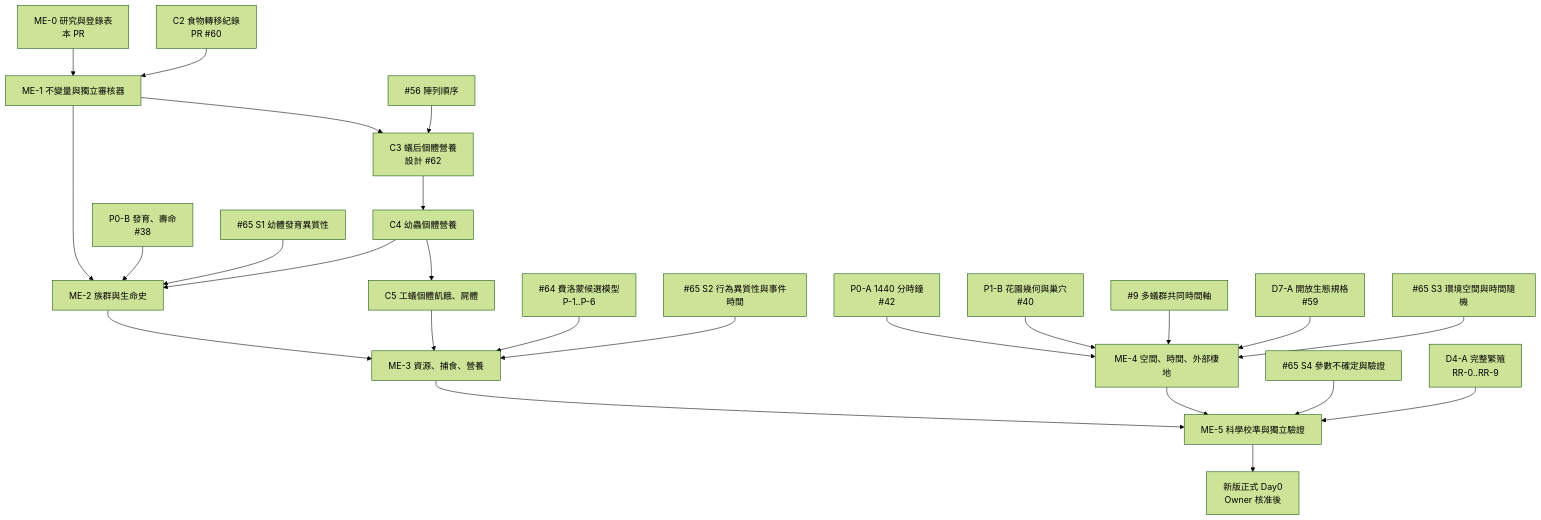
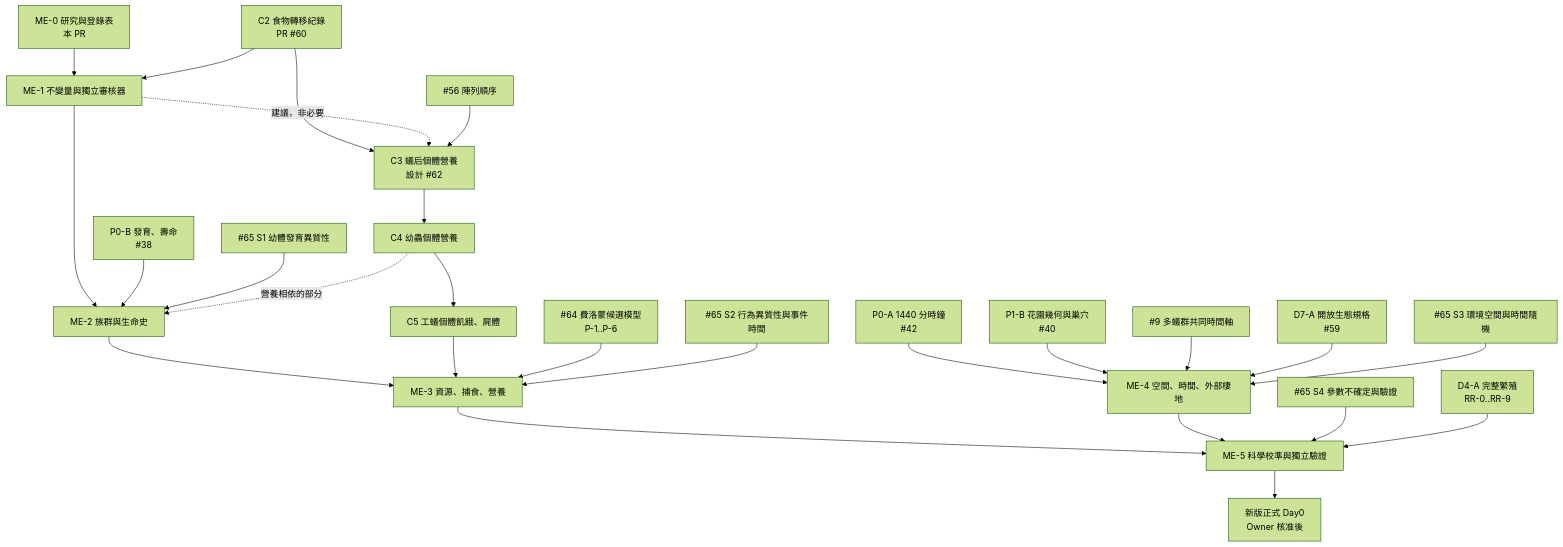
One commit to davidcatcat/antempire changed the diagram in docs/math-ecology-architecture.md. Above: the diagram before and after it, drawn with Mermaid (forest theme). The commit also changed other lines of this file and 3 other files, not shown here.

````diff
--- a/docs/math-ecology-architecture.md
+++ b/docs/math-ecology-architecture.md
@@ -90,27 +90,28 @@
 ```mermaid
 graph TD
   ME0[ME-0 研究與登錄表<br/>本 PR] --> ME1[ME-1 不變量與獨立審核器]
   C2[C2 食物轉移紀錄<br/>PR #60] --> ME1
-  ME1 --> C3[C3 蟻后個體營養<br/>設計 #62]
+  C2 --> C3[C3 蟻后個體營養<br/>設計 #62]
+  ME1 -.建議，非必要.-> C3
   ME1 --> ME2[ME-2 族群與生命史]
   N56[#56 陣列順序] --> C3
   P0B[P0-B 發育、壽命<br/>#38] --> ME2
   S1[#65 S1 幼體發育異質性] --> ME2
   C3 --> C4[C4 幼蟲個體營養]
-  C4 --> ME2
+  C4 -.營養相依的部分.-> ME2
   C4 --> C5[C5 工蟻個體飢餓、屍體]
   ME2 --> ME3[ME-3 資源、捕食、營養]
   C5 --> ME3
   PH[#64 費洛蒙候選模型<br/>P-1..P-6] --> ME3
   S2[#65 S2 行為異質性與事件時間] --> ME3
   P0A[P0-A 1440 分時鐘<br/>#42] --> ME4[ME-4 空間、時間、外部棲地]
   P1B[P1-B 花園幾何與巢穴<br/>#40] --> ME4
   N9[#9 多蟻群共同時間軸] --> ME4
   D7A[D7-A 開放生態規格<br/>#59] --> ME4
   S3[#65 S3 環境空間與時間隨機] --> ME4
   ME3 --> ME5[ME-5 科學校準與獨立驗證]
   ME4 --> ME5
   S4[#65 S4 參數不確定與驗證] --> ME5
   D4A[D4-A 完整繁殖<br/>RR-0..RR-9] --> ME5
   ME5 --> DAY0[新版正式 Day0<br/>Owner 核准後]
 ```
````
